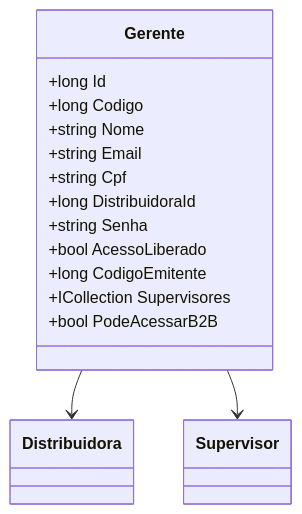
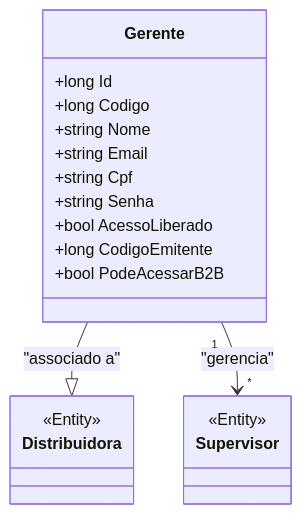
One commit to IsthmusSistemas/documentacao-tecnica changed the second of 2 diagrams in docs/b2b-dominio/IsthmusWinthor.Nucleo/IsthmusWinthor.Dominio/Entidades/Gerente.md. Above: the diagram before and after it, drawn with Mermaid. The commit also changed other lines of this file and 882 other files, not shown here.

````diff
--- a/docs/b2b-dominio/IsthmusWinthor.Nucleo/IsthmusWinthor.Dominio/Entidades/Gerente.md
+++ b/docs/b2b-dominio/IsthmusWinthor.Nucleo/IsthmusWinthor.Dominio/Entidades/Gerente.md
@@ -33,18 +43,25 @@
 ```mermaid
 classDiagram
     class Gerente {
         +long Id
         +long Codigo
         +string Nome
         +string Email
         +string Cpf
-        +long DistribuidoraId
         +string Senha
         +bool AcessoLiberado
         +long CodigoEmitente
-        +ICollection<Supervisor> Supervisores
         +bool PodeAcessarB2B
     }
-    Gerente --> Distribuidora
-    Gerente --> Supervisor
+    
+    class Distribuidora {
+        <<Entity>>
+    }
+    
+    class Supervisor {
+        <<Entity>>
+    }
+
+    Gerente --|> Distribuidora : "associado a"
+    Gerente "1" --> "*" Supervisor : "gerencia"
 ```
````
